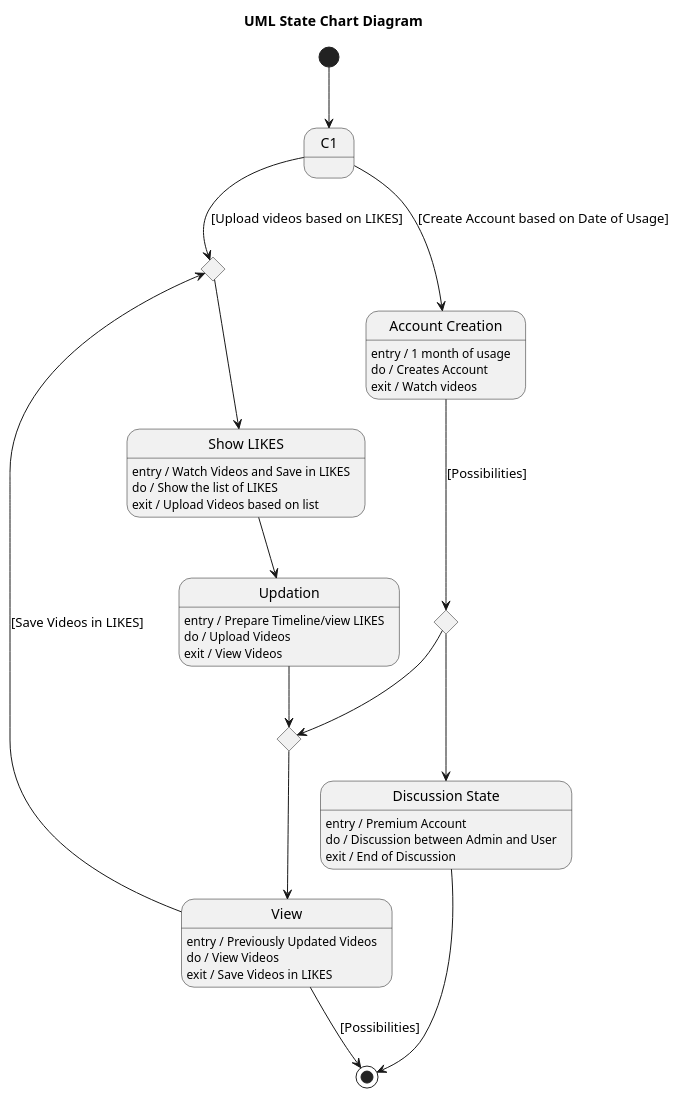
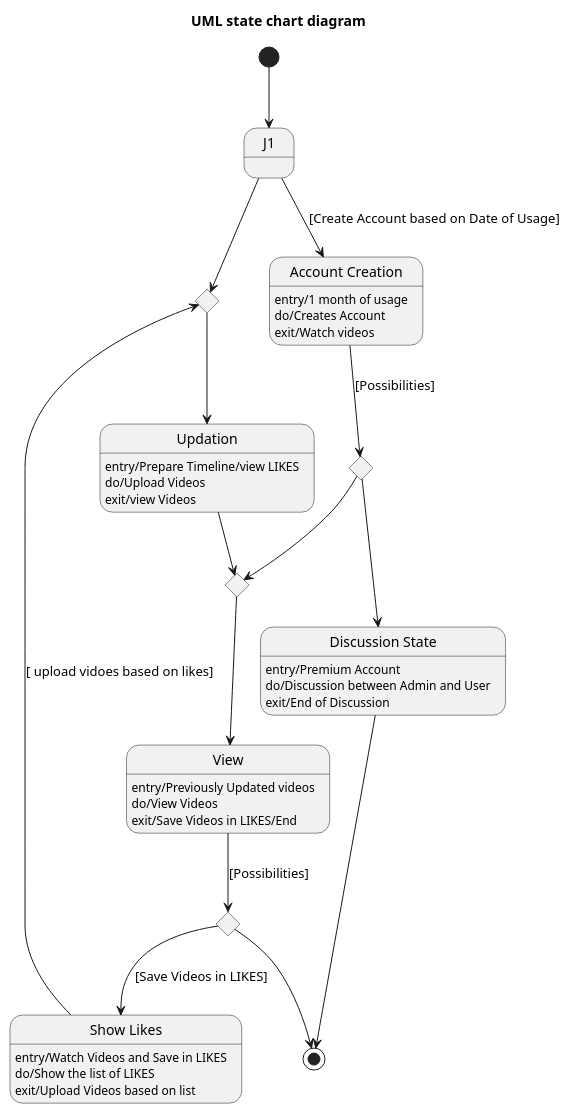
Before and after one commit to maimunafaria/State_transition_Diagram_generated_by_LLM: the diagram in dataset/case_25_ott_based_system_mini_reel/diagram.puml, drawn with PlantUML. The commit also changed 21 other files, not shown here.

```diff
--- a/dataset/case_25_ott_based_system_mini_reel/diagram.puml
+++ b/dataset/case_25_ott_based_system_mini_reel/diagram.puml
@@ -1,57 +1,56 @@
 @startuml
-title UML State Chart Diagram
+title UML state chart diagram
 
-[*] --> C1
+[*] --> J1
+state J1 <<choice>>
+state J7 <<choice>>
 
-state C1 <<choice>>
-state C2 <<choice>>
-state C3 <<choice>>
-state C4 <<choice>>
-
+J1 --> AccountCreation : [Create Account based on Date of Usage]
+J1 --> J7
 state "Account Creation" as AccountCreation
-AccountCreation : entry / 1 month of usage
-AccountCreation : do / Creates Account
-AccountCreation : exit / Watch videos
-
-state "Discussion State" as DiscussionState
-DiscussionState : entry / Premium Account
-DiscussionState : do / Discussion between Admin and User
-DiscussionState : exit / End of Discussion
+AccountCreation : entry/1 month of usage
+AccountCreation : do/Creates Account
+AccountCreation : exit/Watch videos
 
 state "Updation" as Updation
-Updation : entry / Prepare Timeline/view LIKES
-Updation : do / Upload Videos
-Updation : exit / View Videos
+Updation : entry/Prepare Timeline/view LIKES
+Updation : do/Upload Videos
+Updation : exit/view Videos
+
+state "Discussion State" as Discussion
+Discussion : entry/Premium Account
+Discussion : do/Discussion between Admin and User
+Discussion : exit/End of Discussion
 
 state "View" as View
-View : entry / Previously Updated Videos
-View : do / View Videos
-View : exit / Save Videos in LIKES
+View : entry/Previously Updated videos
+View : do/View Videos
+View : exit/Save Videos in LIKES/End
 
-state "Show LIKES" as ShowLikes
-ShowLikes : entry / Watch Videos and Save in LIKES
-ShowLikes : do / Show the list of LIKES
-ShowLikes : exit / Upload Videos based on list
+state "Show Likes" as ShowLikes
+ShowLikes : entry/Watch Videos and Save in LIKES
+ShowLikes : do/Show the list of LIKES
+ShowLikes : exit/Upload Videos based on list
 
-' ---- Flow ----
+state J2 <<choice>>
+state J3 <<choice>>
+state J4 <<choice>>
 
-C1 --> AccountCreation : [Create Account based on Date of Usage]
-C1 --> C2 : [Upload videos based on LIKES]
+AccountCreation --> J2 : [Possibilities]
+J7 --> Updation
+ShowLikes --> J7 : [ upload vidoes based on likes]
+J2 --> Discussion
+J2 --> J3
 
-AccountCreation --> C3 : [Possibilities]
+Updation--> J3 
+J3 --> View
 
-C3 --> DiscussionState
-C3 --> C4
+View --> J4 : [Possibilities]
+J4 --> [*]
 
-C2 --> ShowLikes
-ShowLikes --> Updation
 
-Updation --> C4
+J4 --> ShowLikes : [Save Videos in LIKES]
 
-C4 --> View
-View --> C2 : [Save Videos in LIKES]
-
-View --> [*] : [Possibilities]
-DiscussionState --> [*]
+Discussion --> [*]
 
 @enduml
```
